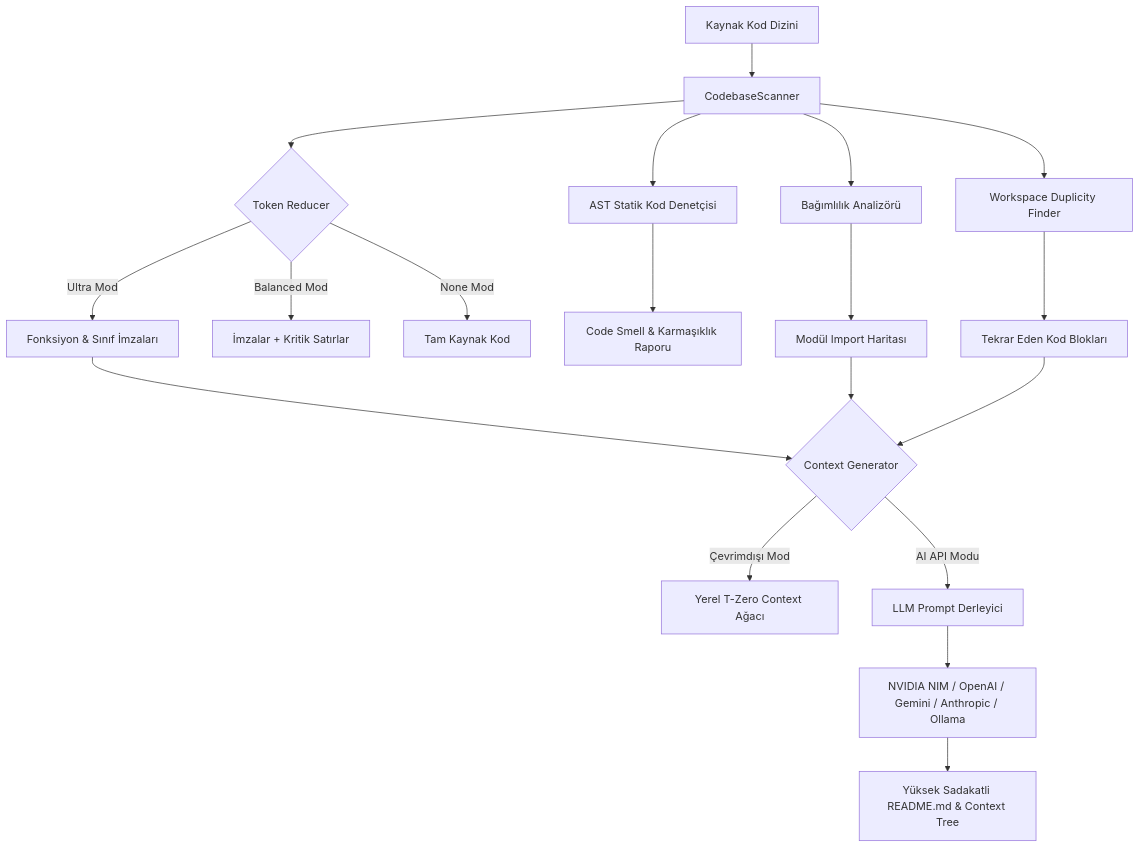
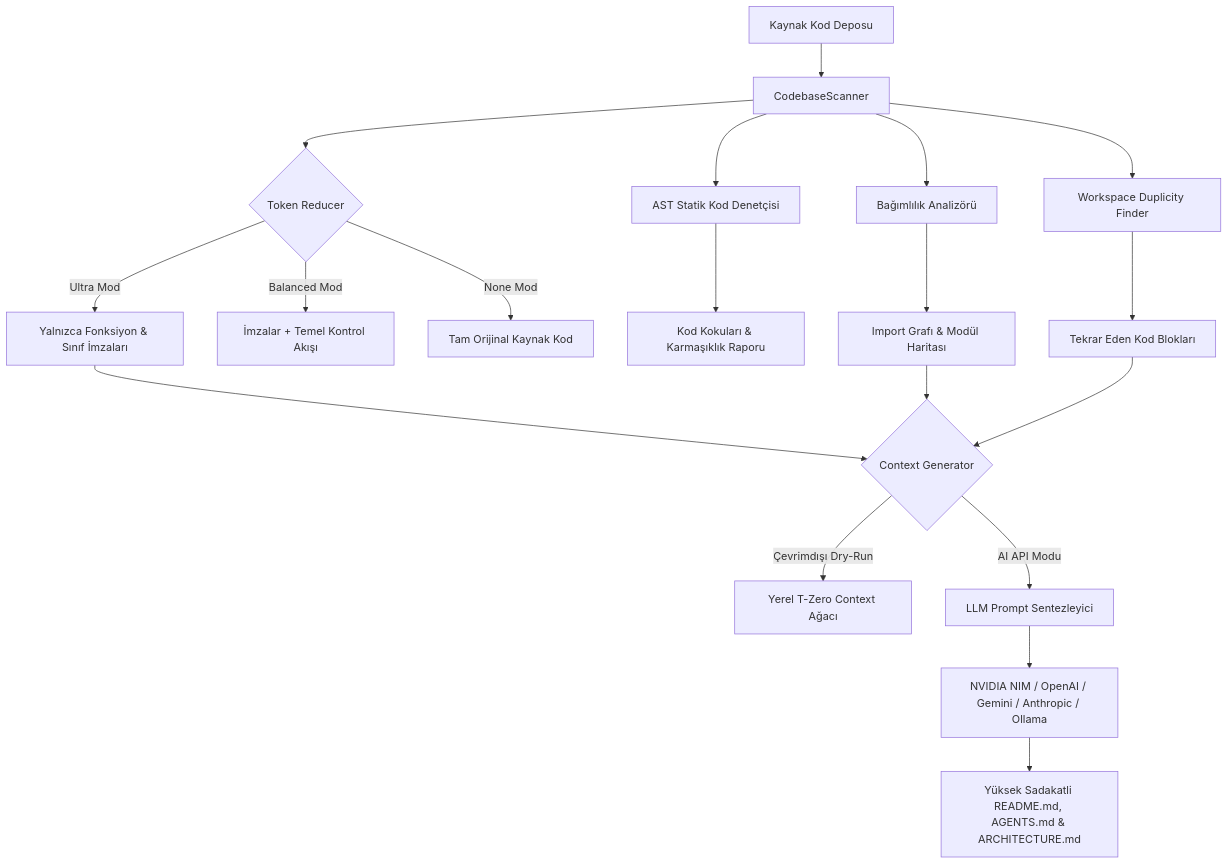
One commit to toprakahmetaydogmus/TZeroAlgorithm changed the second of 2 diagrams in README.md. Above: the diagram before and after it, drawn with Mermaid. The commit also changed other lines of this file, not shown here.

````diff
--- a/README.md
+++ b/README.md
@@ -48,23 +351,23 @@
 ```mermaid
 flowchart TD
-    A[Kaynak Kod Dizini] --> B[CodebaseScanner]
+    A[Kaynak Kod Deposu] --> B[CodebaseScanner]
     B --> C{Token Reducer}
-    C -->|Ultra Mod| D[Fonksiyon & Sınıf İmzaları]
-    C -->|Balanced Mod| E[İmzalar + Kritik Satırlar]
-    C -->|None Mod| F[Tam Kaynak Kod]
+    C -->|Ultra Mod| D[Yalnızca Fonksiyon & Sınıf İmzaları]
+    C -->|Balanced Mod| E[İmzalar + Temel Kontrol Akışı]
+    C -->|None Mod| F[Tam Orijinal Kaynak Kod]
     
     B --> G[AST Statik Kod Denetçisi]
-    G --> H[Code Smell & Karmaşıklık Raporu]
+    G --> H[Kod Kokuları & Karmaşıklık Raporu]
     
     B --> I[Bağımlılık Analizörü]
-    I --> J[Modül Import Haritası]
+    I --> J[Import Grafı & Modül Haritası]
     
     B --> K[Workspace Duplicity Finder]
     K --> L[Tekrar Eden Kod Blokları]
 
     D & J & L --> M{Context Generator}
-    M -->|Çevrimdışı Mod| N[Yerel T-Zero Context Ağacı]
-    M -->|AI API Modu| O[LLM Prompt Derleyici]
+    M -->|Çevrimdışı Dry-Run| N[Yerel T-Zero Context Ağacı]
+    M -->|AI API Modu| O[LLM Prompt Sentezleyici]
     O --> P[NVIDIA NIM / OpenAI / Gemini / Anthropic / Ollama]
-    P --> Q[Yüksek Sadakatli README.md & Context Tree]
+    P --> Q[Yüksek Sadakatli README.md, AGENTS.md & ARCHITECTURE.md]
 ```
````
